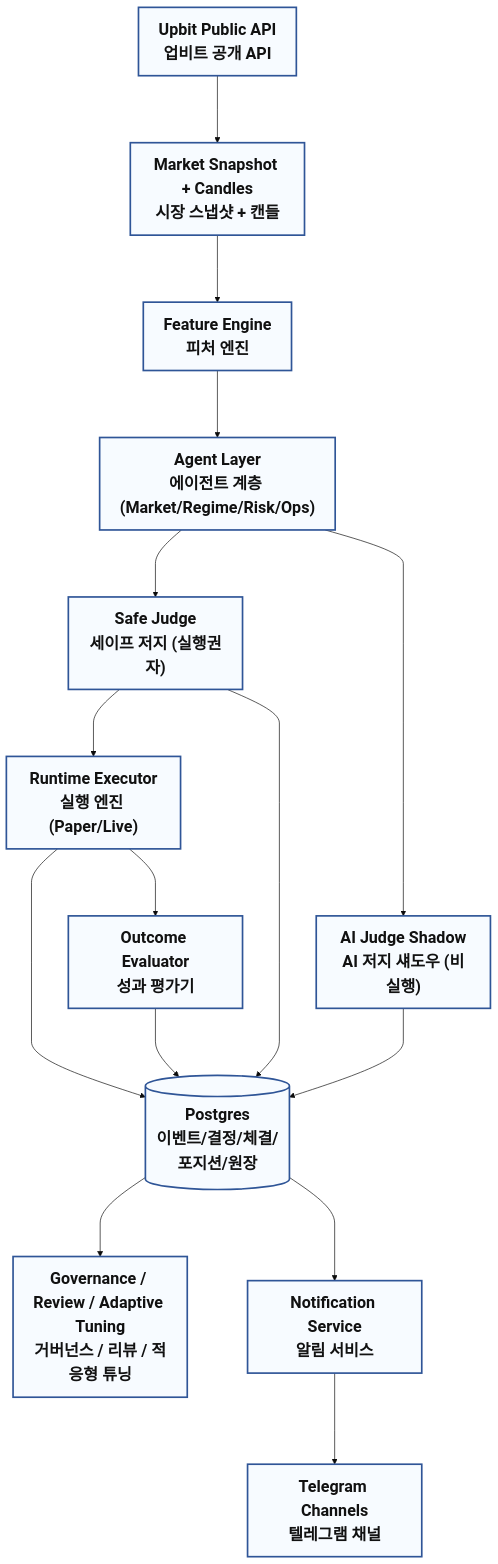
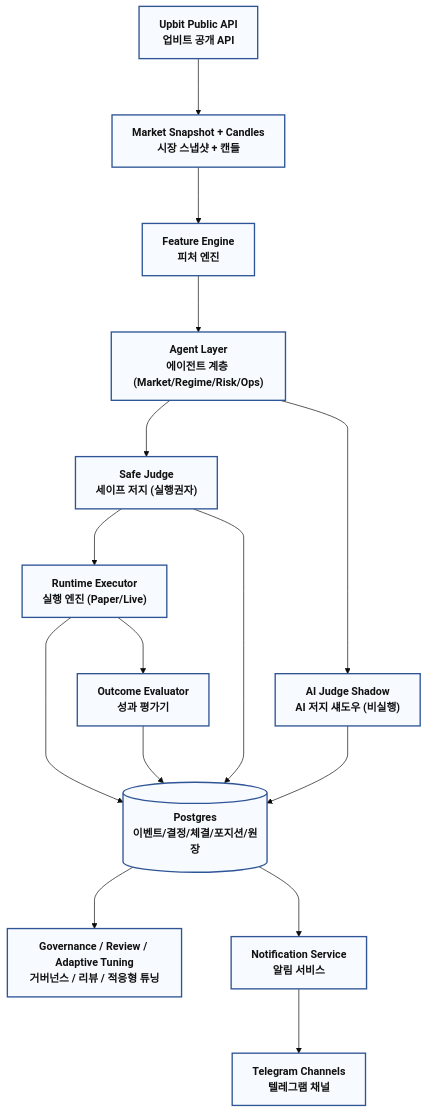
The second of 2 diagrams in README.md (summit1123/Ai_invest), drawn with Mermaid before and after one commit. The commit also changed other lines of this file, not shown here.

Commit message:
docs: tune mermaid diagram size to moderate

````diff
--- a/README.md
+++ b/README.md
@@ -38,21 +38,21 @@
 ```mermaid
-%%{init: {'theme':'base','themeVariables': {'fontSize': '24px'}, 'flowchart': {'nodeSpacing': 90, 'rankSpacing': 100, 'htmlLabels': true, 'curve': 'monotoneY'}} }%%
+%%{init: {'theme':'base','themeVariables': {'fontSize': '16px'}, 'flowchart': {'nodeSpacing': 74, 'rankSpacing': 84, 'htmlLabels': true, 'curve': 'monotoneY'}} }%%
 flowchart TB
     U["Upbit Public API<br/>업비트 공개 API"] --> M["Market Snapshot + Candles<br/>시장 스냅샷 + 캔들"]
     M --> F["Feature Engine<br/>피처 엔진"]
     F --> AG["Agent Layer<br/>에이전트 계층 (Market/Regime/Risk/Ops)"]
     AG --> SJ["Safe Judge<br/>세이프 저지 (실행권자)"]
     AG --> AJ["AI Judge Shadow<br/>AI 저지 섀도우 (비실행)"]
     SJ --> EX["Runtime Executor<br/>실행 엔진 (Paper/Live)"]
     EX --> DB[("Postgres<br/>이벤트/결정/체결/포지션/원장")]
     SJ --> DB
     AJ --> DB
     EX --> OE["Outcome Evaluator<br/>성과 평가기"]
     OE --> DB
     DB --> GOV["Governance / Review / Adaptive Tuning<br/>거버넌스 / 리뷰 / 적응형 튜닝"]
     DB --> NT["Notification Service<br/>알림 서비스"]
     NT --> TG["Telegram Channels<br/>텔레그램 채널"]
 
-    classDef detail fill:#f7fbff,stroke:#2f5597,stroke-width:2.5px,color:#111,font-size:24px,font-weight:bold;
+    classDef detail fill:#f7fbff,stroke:#2f5597,stroke-width:2px,color:#111,font-size:16px,font-weight:bold;
     class U,M,F,AG,SJ,AJ,EX,DB,OE,GOV,NT,TG detail;
 ```
````
